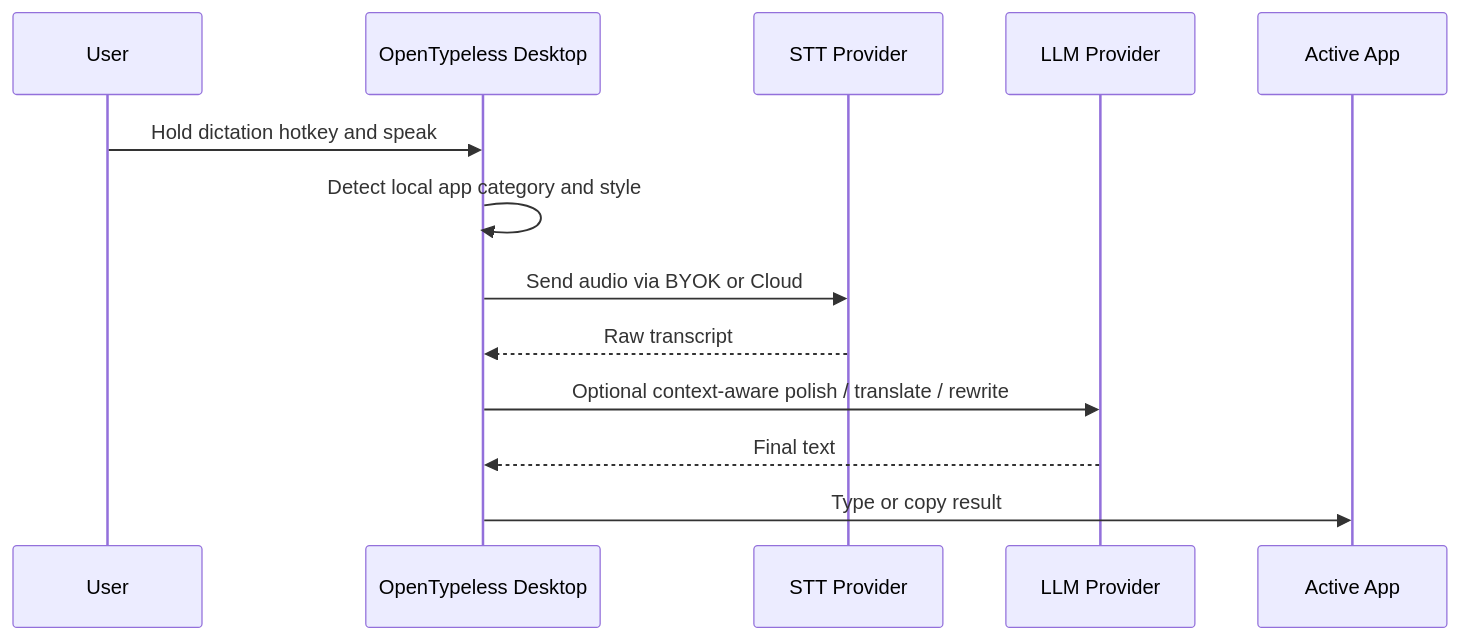
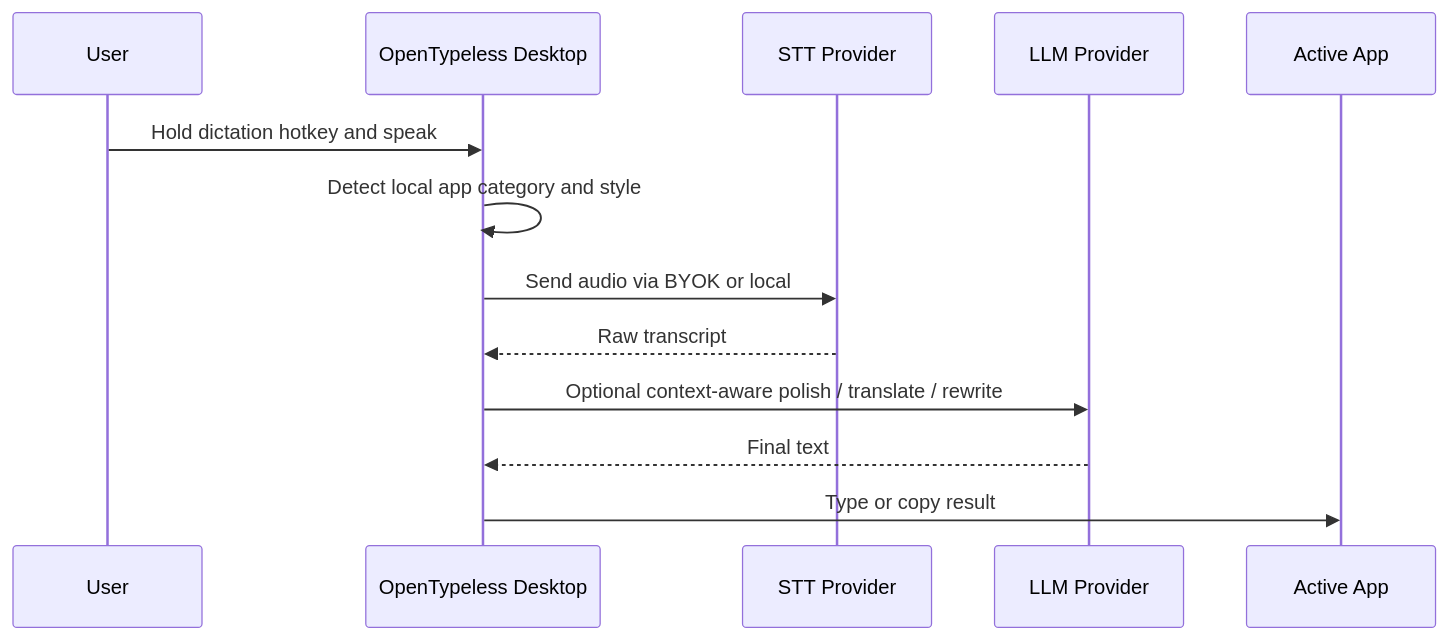
One commit to rudy774/opentypeless changed the second of 3 diagrams in README.md. Above: the diagram before and after it, drawn with Mermaid. The commit also changed other lines of this file and 121 other files, not shown here.

````diff
--- a/README.md
+++ b/README.md
@@ -206,16 +210,16 @@
 ```mermaid
 sequenceDiagram
   participant User
   participant Desktop as OpenTypeless Desktop
   participant STT as STT Provider
   participant LLM as LLM Provider
   participant App as Active App
 
   User->>Desktop: Hold dictation hotkey and speak
   Desktop->>Desktop: Detect local app category and style
-  Desktop->>STT: Send audio via BYOK or Cloud
+  Desktop->>STT: Send audio via BYOK or local
   STT-->>Desktop: Raw transcript
   Desktop->>LLM: Optional context-aware polish / translate / rewrite
   LLM-->>Desktop: Final text
   Desktop->>App: Type or copy result
 ```
````
